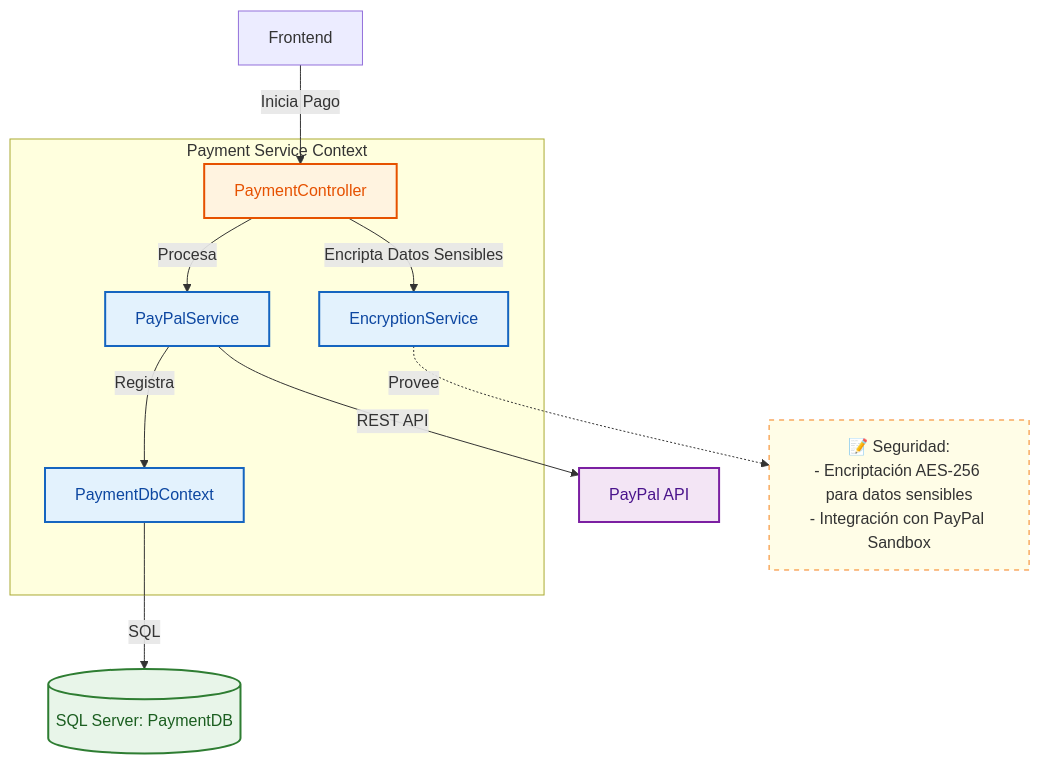
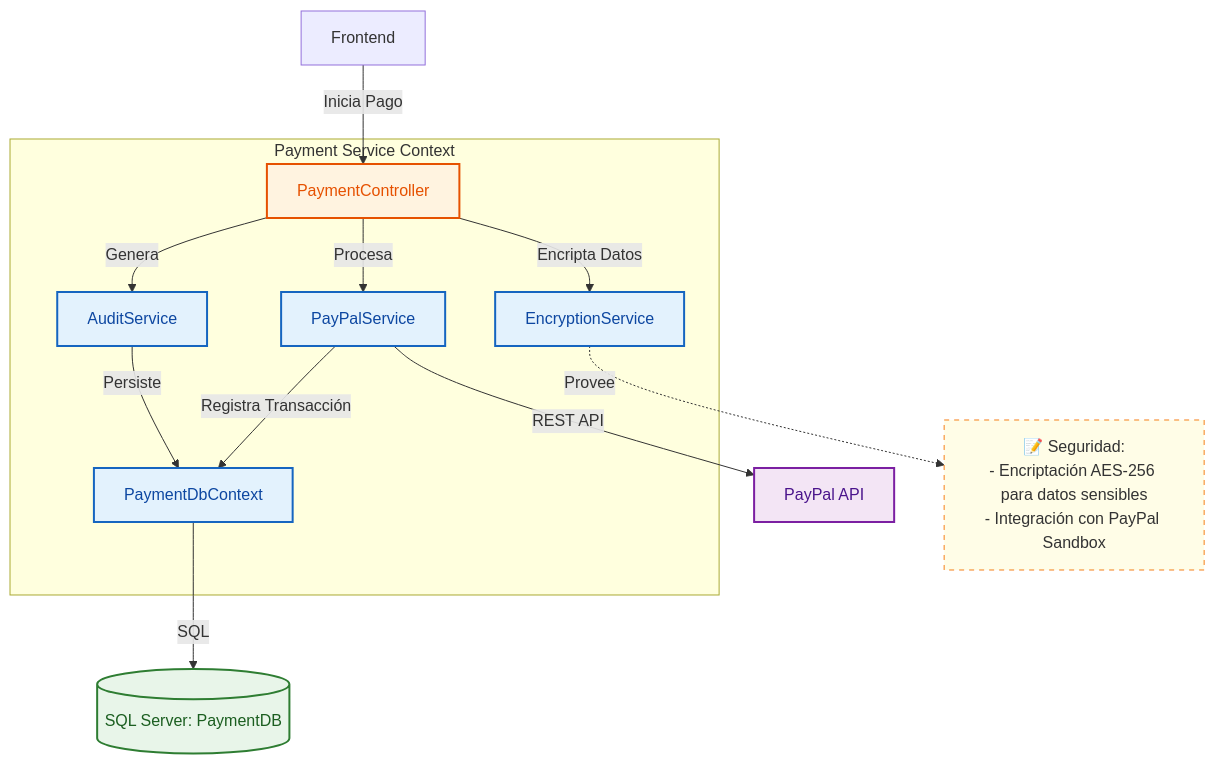
The first of 2 diagrams in backend/payment-service/README.md (WooshC/PetCare-DSS), drawn with Mermaid before and after one commit. The commit also changed other lines of this file and 4 other files, not shown here.

````diff
--- a/backend/payment-service/README.md
+++ b/backend/payment-service/README.md
@@ -9,40 +9,44 @@
 ```mermaid
 graph TD
     %% Nodos externos
     User[Frontend]
     DB[(SQL Server: PaymentDB)]
     PayPal[PayPal API]
-
+    
     subgraph "Payment Service Context"
         Controller[PaymentController]
         PayPalSvc[PayPalService]
         EncSvc[EncryptionService]
         Repo[PaymentDbContext]
+        Audit[AuditService]
     end
 
     %% Relaciones
     User -->|Inicia Pago| Controller
     Controller -->|Procesa| PayPalSvc
-    Controller -->|Encripta Datos Sensibles| EncSvc
+    Controller -->|Encripta Datos| EncSvc
     
     PayPalSvc -->|REST API| PayPal
-    PayPalSvc -->|Registra| Repo
+    PayPalSvc -->|Registra Transacción| Repo
+    
+    Controller -- Genera --> Audit
+    Audit -- Persiste --> Repo
     Repo -->|SQL| DB
 
     %% Nota
     ServiceNote["📝 Seguridad:<br/>- Encriptación AES-256 para datos sensibles<br/>- Integración con PayPal Sandbox"]
     EncSvc -.->|Provee| ServiceNote
 
     %% Estilos
     classDef component fill:#e3f2fd,stroke:#1565c0,stroke-width:2px,color:#0d47a1
     classDef db fill:#e8f5e9,stroke:#2e7d32,stroke-width:2px,color:#1b5e20
     classDef external fill:#f3e5f5,stroke:#7b1fa2,stroke-width:2px,color:#4a148c
     classDef api fill:#fff3e0,stroke:#e65100,stroke-width:2px,color:#e65100
     classDef note fill:#fffde7,stroke:#f57f17,stroke-width:1px,stroke-dasharray: 5 5,color:#333
 
-    class PayPalSvc,EncSvc,Repo component
+    class PayPalSvc,EncSvc,Repo,Audit component
     class Controller api
     class DB db
     class PayPal external
     class ServiceNote note
 ```
````
